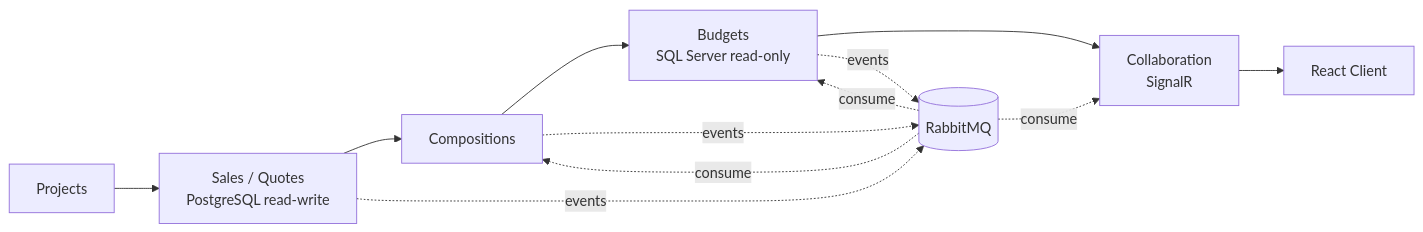
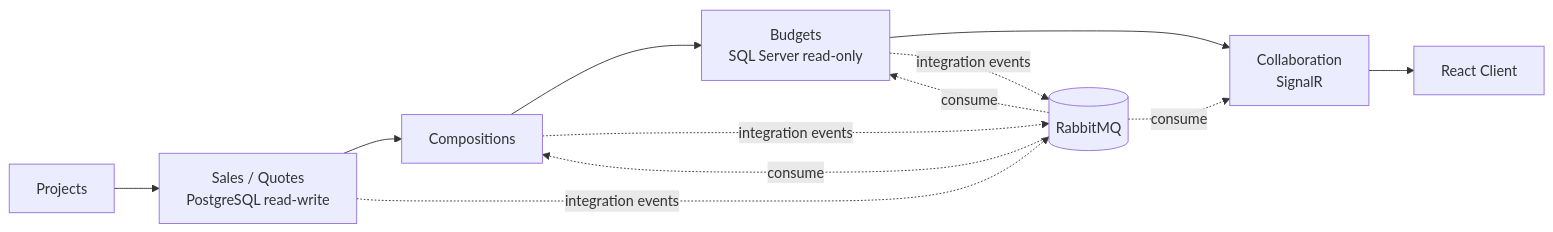
Before and after one commit to haoyucheng369-gif/construction-budgeting-platform: the first of 2 diagrams in README.md, drawn with Mermaid. The commit also changed other lines of this file and 1 other file, not shown here.

Commit message:
Refine project scope and architecture outline

````diff
--- a/README.md
+++ b/README.md
@@ -22,23 +53,23 @@
 ```mermaid
 flowchart LR
     Projects[Projects]
     Sales[Sales / Quotes<br/>PostgreSQL read-write]
     Compositions[Compositions]
     Budgets[Budgets<br/>SQL Server read-only]
     Collaboration[Collaboration<br/>SignalR]
     RabbitMQ[(RabbitMQ)]
     React[React Client]
 
     Projects --> Sales
     Sales --> Compositions
     Compositions --> Budgets
     Budgets --> Collaboration
 
-    Sales -. events .-> RabbitMQ
-    Compositions -. events .-> RabbitMQ
-    Budgets -. events .-> RabbitMQ
+    Sales -. integration events .-> RabbitMQ
+    Compositions -. integration events .-> RabbitMQ
+    Budgets -. integration events .-> RabbitMQ
     RabbitMQ -. consume .-> Compositions
     RabbitMQ -. consume .-> Budgets
     RabbitMQ -. consume .-> Collaboration
     Collaboration --> React
 ```
````
